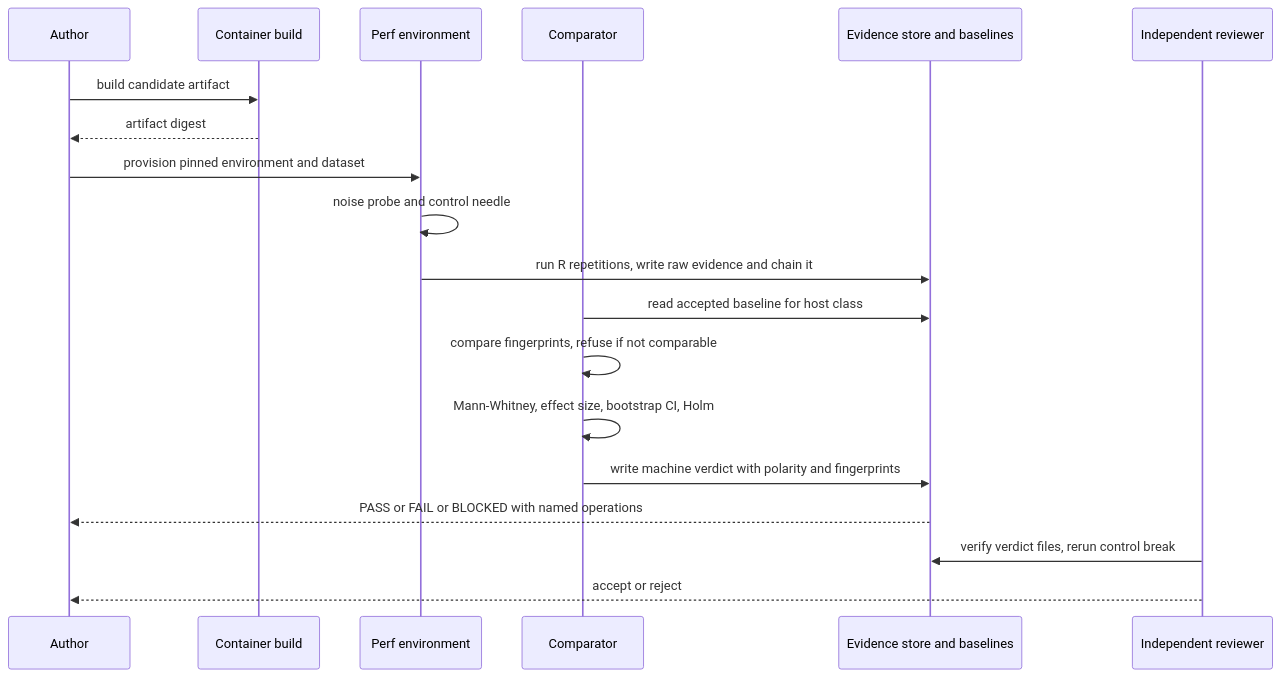
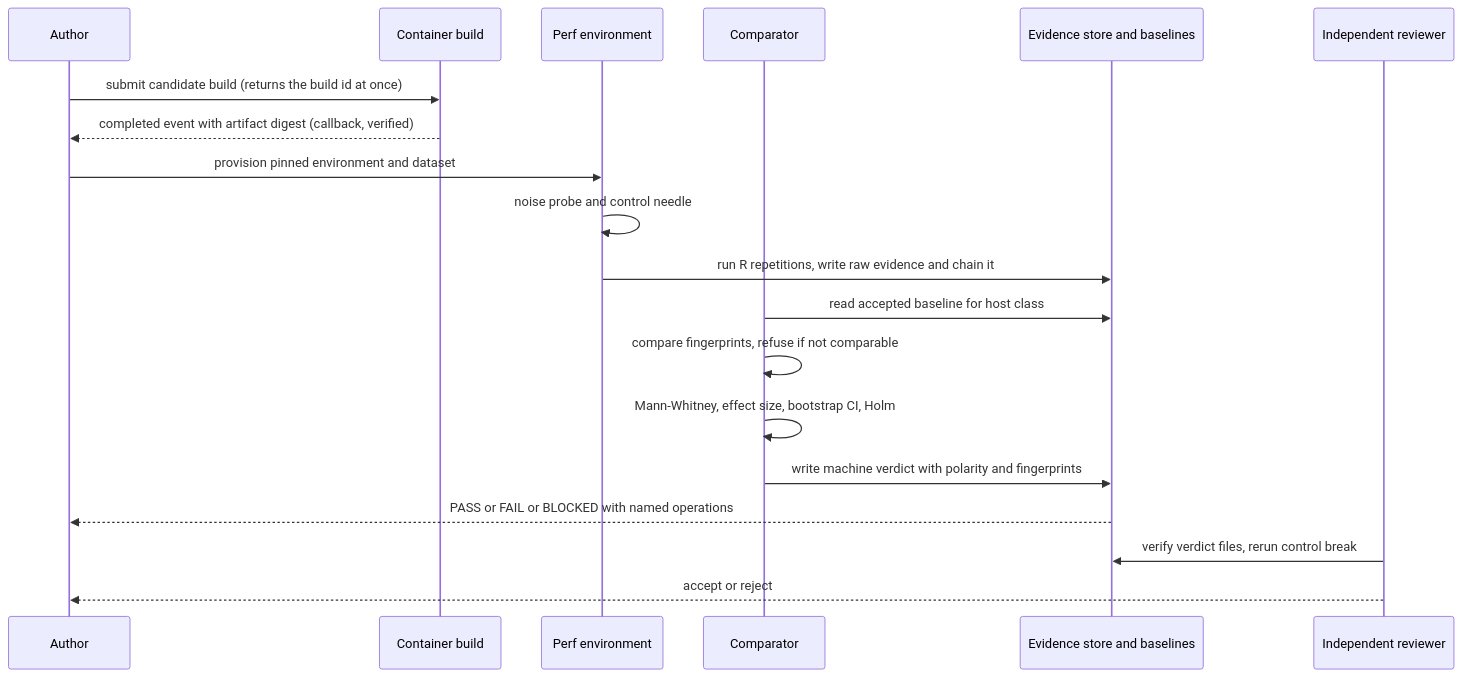
Before and after one commit to vasic-digital/catalogizer: the second of 5 diagrams in specs/001-full-project-audit-remediation/docs/14-performance-engineering-plan.md, drawn with Mermaid. The commit also changed other lines of this file and 21 other files, not shown here.

````diff
--- a/specs/001-full-project-audit-remediation/docs/14-performance-engineering-plan.md
+++ b/specs/001-full-project-audit-remediation/docs/14-performance-engineering-plan.md
@@ -356,21 +358,21 @@
 ```mermaid
 sequenceDiagram
   participant Dev as Author
   participant Build as Container build
   participant Env as Perf environment
   participant Cmp as Comparator
   participant Store as Evidence store and baselines
   participant Rev as Independent reviewer
-  Dev->>Build: build candidate artifact
-  Build-->>Dev: artifact digest
+  Dev->>Build: submit candidate build (returns the build id at once)
+  Build-->>Dev: completed event with artifact digest (callback, verified)
   Dev->>Env: provision pinned environment and dataset
   Env->>Env: noise probe and control needle
   Env->>Store: run R repetitions, write raw evidence and chain it
   Cmp->>Store: read accepted baseline for host class
   Cmp->>Cmp: compare fingerprints, refuse if not comparable
   Cmp->>Cmp: Mann-Whitney, effect size, bootstrap CI, Holm
   Cmp->>Store: write machine verdict with polarity and fingerprints
   Store-->>Dev: PASS or FAIL or BLOCKED with named operations
   Rev->>Store: verify verdict files, rerun control break
   Rev-->>Dev: accept or reject
 ```
````
